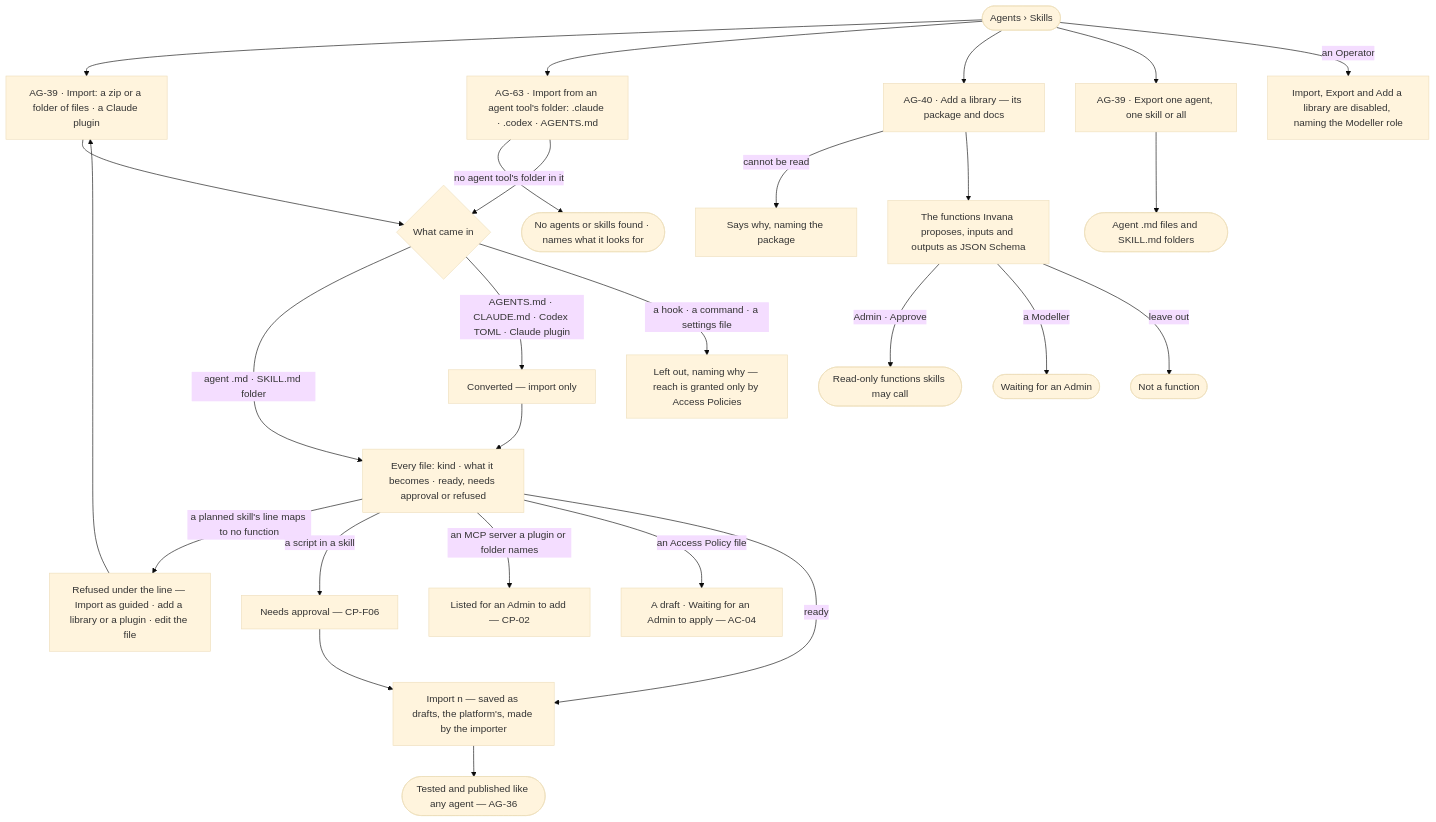
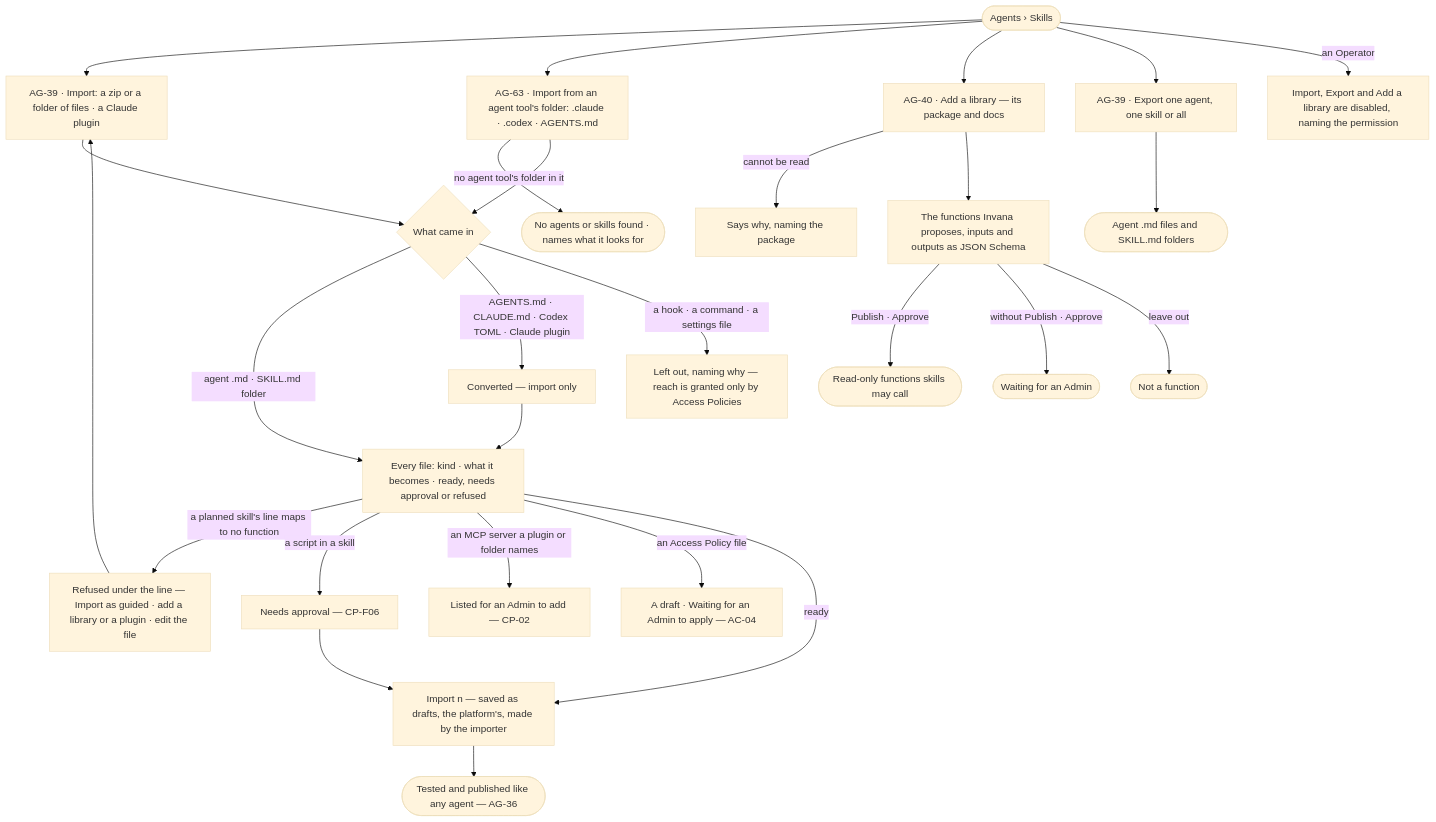
The first of 2 diagrams in specs/capabilities/agents/features/AG-F08-portable-agents-and-skills/feature.md (invana/invana), drawn with Mermaid (base theme) before and after one commit. The commit also changed other lines of this file and 228 other files, not shown here.

````diff
--- a/specs/capabilities/agents/features/AG-F08-portable-agents-and-skills/feature.md
+++ b/specs/capabilities/agents/features/AG-F08-portable-agents-and-skills/feature.md
@@ -25,27 +25,27 @@
 ```mermaid
 flowchart TD
   start([Agents › Skills]) --> imp["AG-39 · Import: a zip or a folder of files · a Claude plugin"]
   start --> tf["AG-63 · Import from an agent tool's folder: .claude · .codex · AGENTS.md"]
   tf -->|no agent tool's folder in it| tfn(["No agents or skills found · names what it looks for"])
   tf --> kind
   imp --> kind{"What came in"}
   kind -->|agent .md · SKILL.md folder| map["Every file: kind · what it becomes · ready, needs approval or refused"]
   kind -->|AGENTS.md · CLAUDE.md · Codex TOML · Claude plugin| conv["Converted — import only"] --> map
   kind -->|a hook · a command · a settings file| rk["Left out, naming why — reach is granted only by Access Policies"]
   map -->|a planned skill's line maps to no function| rf["Refused under the line — Import as guided · add a library or a plugin · edit the file"] --> imp
   map -->|a script in a skill| ap["Needs approval — CP-F06"]
   map -->|an MCP server a plugin or folder names| ms["Listed for an Admin to add — CP-02"]
   map -->|an Access Policy file| pf["A draft · Waiting for an Admin to apply — AC-04"]
   map -->|ready| save["Import n — saved as drafts, the platform's, made by the importer"]
   ap --> save
   save --> test(["Tested and published like any agent — AG-36"])
   start --> lib["AG-40 · Add a library — its package and docs"]
   lib -->|cannot be read| lx["Says why, naming the package"]
   lib --> prop["The functions Invana proposes, inputs and outputs as JSON Schema"]
-  prop -->|Admin · Approve| fn(["Read-only functions skills may call"])
-  prop -->|a Modeller| wa(["Waiting for an Admin"])
+  prop -->|Publish · Approve| fn(["Read-only functions skills may call"])
+  prop -->|without Publish · Approve| wa(["Waiting for an Admin"])
   prop -->|leave out| no(["Not a function"])
   start --> exp["AG-39 · Export one agent, one skill or all"]
   exp --> files(["Agent .md files and SKILL.md folders"])
-  start -->|an Operator| na["Import, Export and Add a library are disabled, naming the Modeller role"]
+  start -->|an Operator| na["Import, Export and Add a library are disabled, naming the permission"]
 ```
````
